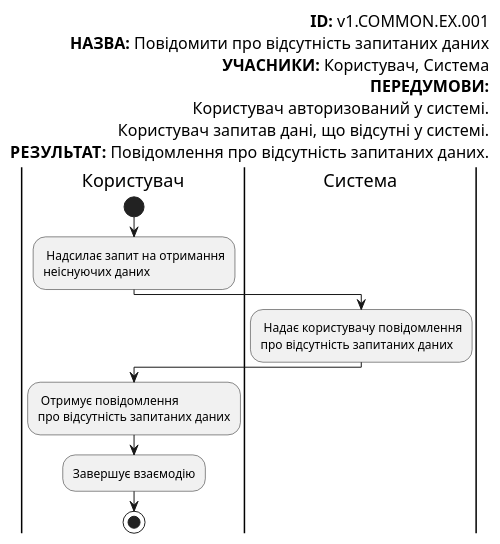
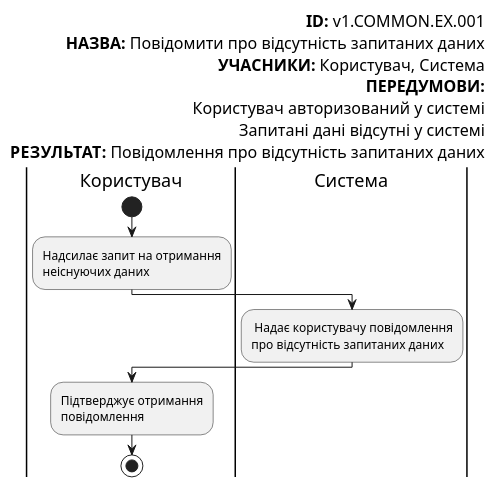
Diagram 16 of 22 in docs/use-cases/README.md (gurug-prog/survey-expert), drawn with PlantUML before and after one commit. The commit also changed other lines of this file and 1 other file, not shown here.

```diff
--- a/docs/use-cases/README.md
+++ b/docs/use-cases/README.md
@@ -868,29 +872,27 @@
 @startuml
 
 left header
          <font color=000 size=16><b>ID:</b> v1.COMMON.EX.001
          <font color=000 size=16><b>НАЗВА:</b> Повідомити про відсутність запитаних даних
          <font color=000 size=16><b>УЧАСНИКИ:</b> Користувач, Система 
          <font color=000 size=16><b>ПЕРЕДУМОВИ:</b>
-         <font color=000 size=16>Користувач авторизований у системі.
-         <font color=000 size=16>Користувач запитав дані, що відсутні у системі.
-         <font color=000 size=16><b>РЕЗУЛЬТАТ:</b> Повідомлення про відсутність запитаних даних.
+         <font color=000 size=16>Користувач авторизований у системі
+         <font color=000 size=16>Запитані дані відсутні у системі
+         <font color=000 size=16><b>РЕЗУЛЬТАТ:</b> Повідомлення про відсутність запитаних даних
      end header
      |Користувач|
          start
-         : Надсилає запит на отримання
+         :Надсилає запит на отримання
          неіснуючих даних;
  
      |Система|
          : Надає користувачу повідомлення 
          про відсутність запитаних даних;
 
      |Користувач|
-         : Отримує повідомлення 
-         про відсутність запитаних даних;
-
-          :Завершує взаємодію;
+         :Підтверджує отримання
+         повідомлення;
 
           stop;
 
 @enduml
```
